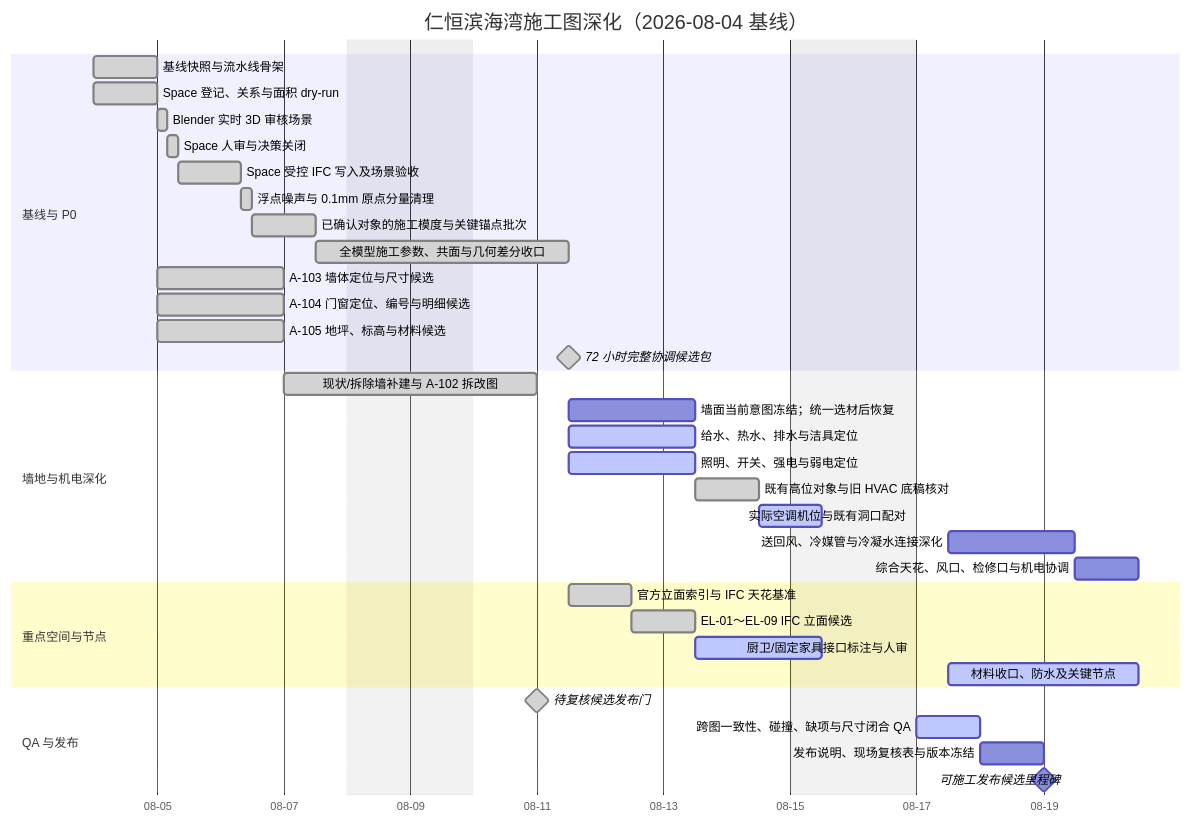
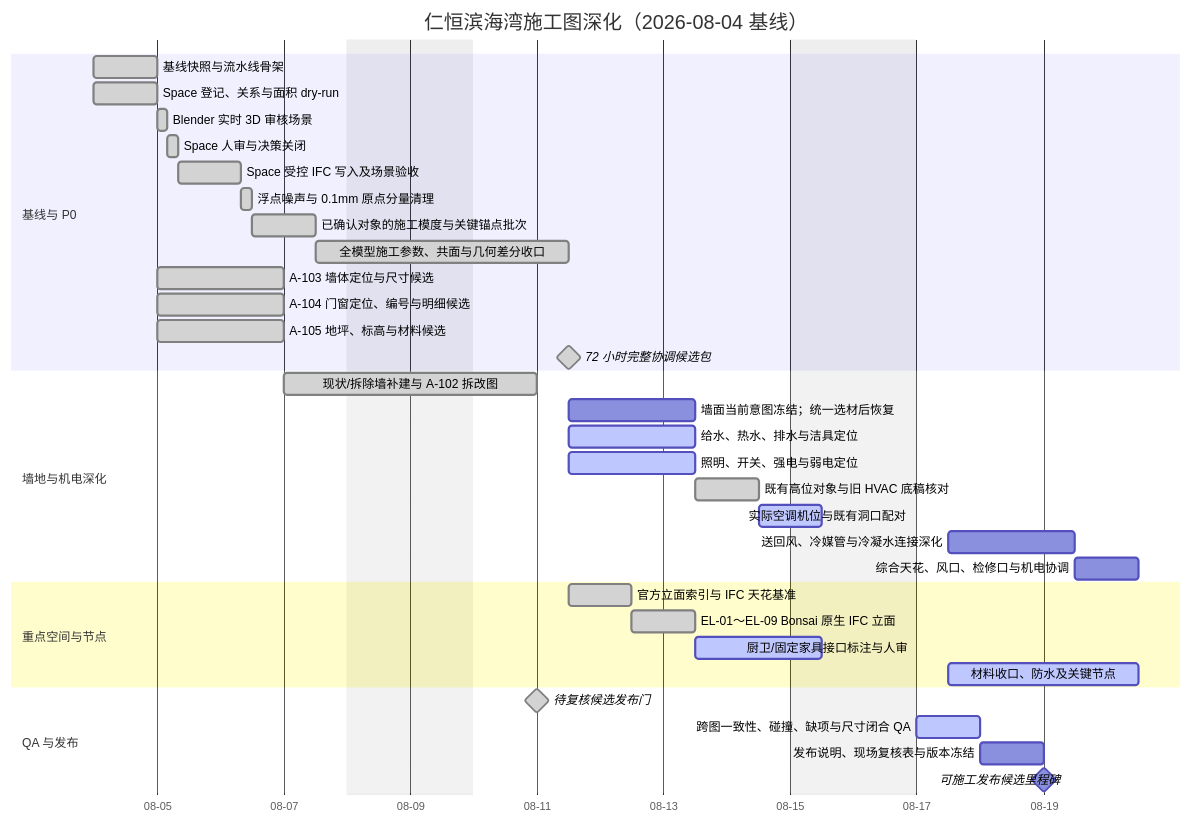
One commit to Weihan96/2504-GBTB-Yanlord-Zhuhai changed the diagram in drawings/滨海湾装修施工图深化工作管理.md. Above: the diagram before and after it, drawn with Mermaid. The commit also changed other lines of this file and 88 other files, not shown here.

First line of the commit message:
用 Bonsai 原生 Drawing 重建立面审核图

````diff
--- a/drawings/滨海湾装修施工图深化工作管理.md
+++ b/drawings/滨海湾装修施工图深化工作管理.md
@@ -78,43 +78,43 @@
 ```mermaid
 gantt
     title 仁恒滨海湾施工图深化（2026-08-04 基线）
     dateFormat  YYYY-MM-DD
     axisFormat  %m-%d
     excludes    weekends
 
     section 基线与 P0
     基线快照与流水线骨架                 :done, M000, 2026-08-04, 1d
     Space 登记、关系与面积 dry-run       :done, S001, 2026-08-04, 1d
     Blender 实时 3D 审核场景              :done, S002A, after S001, 4h
     Space 人审与决策关闭                 :done, S002, after S002A, 4h
     Space 受控 IFC 写入及场景验收         :done, S003, after S002, 1d
     浮点噪声与 0.1mm 原点分量清理          :done, C001, after S003, 4h
     已确认对象的施工模度与关键锚点批次       :done, C002, after C001, 1d
     全模型施工参数、共面与几何差分收口       :done, C003, after C002, 2d
     A-103 墙体定位与尺寸候选              :done, A103, after S001, 2d
     A-104 门窗定位、编号与明细候选         :done, A104, after S001, 2d
     A-105 地坪、标高与材料候选             :done, A105, after S001, 2d
     72 小时完整协调候选包                 :milestone, done, M072, after C003 A103 A104 A105, 0d
 
     section 墙地与机电深化
     现状/拆除墙补建与 A-102 拆改图         :done, A102, after A103, 2d
     墙面当前意图冻结；统一选材后恢复         :WFIN, after M072, 2d
     给水、热水、排水与洁具定位             :active, PLUM, after M072, 2d
     照明、开关、强电与弱电定位             :active, ELEC, after M072, 2d
     既有高位对象与旧 HVAC 底稿核对          :done, RCP1A, after ELEC, 1d
     实际空调机位与既有洞口配对              :active, RCP1B, after RCP1A, 1d
     送回风、冷媒管与冷凝水连接深化           :RCP1C, after RCP1B, 2d
     综合天花、风口、检修口与机电协调        :RCP1, after RCP1C, 1d
 
     section 重点空间与节点
     官方立面索引与 IFC 天花基准             :done, INT1A, after M072, 1d
-    EL-01～EL-09 IFC 立面候选              :done, INT1B, after INT1A, 1d
+    EL-01～EL-09 Bonsai 原生 IFC 立面       :done, INT1B, after INT1A, 1d
     厨卫/固定家具接口标注与人审             :active, INT1C, after INT1B, 2d
     材料收口、防水及关键节点               :active, DET1, after INT1C, 3d
 
     section QA 与发布
     待复核候选发布门                       :milestone, done, MREV, 2026-08-11, 0d
     跨图一致性、碰撞、缺项与尺寸闭合 QA     :active, QA01, 2026-08-17, 1d
     发布说明、现场复核表与版本冻结           :REL1, 2026-08-18, 1d
     可施工发布候选里程碑                   :milestone, MREL, 2026-08-19, 0d
 ```
````
